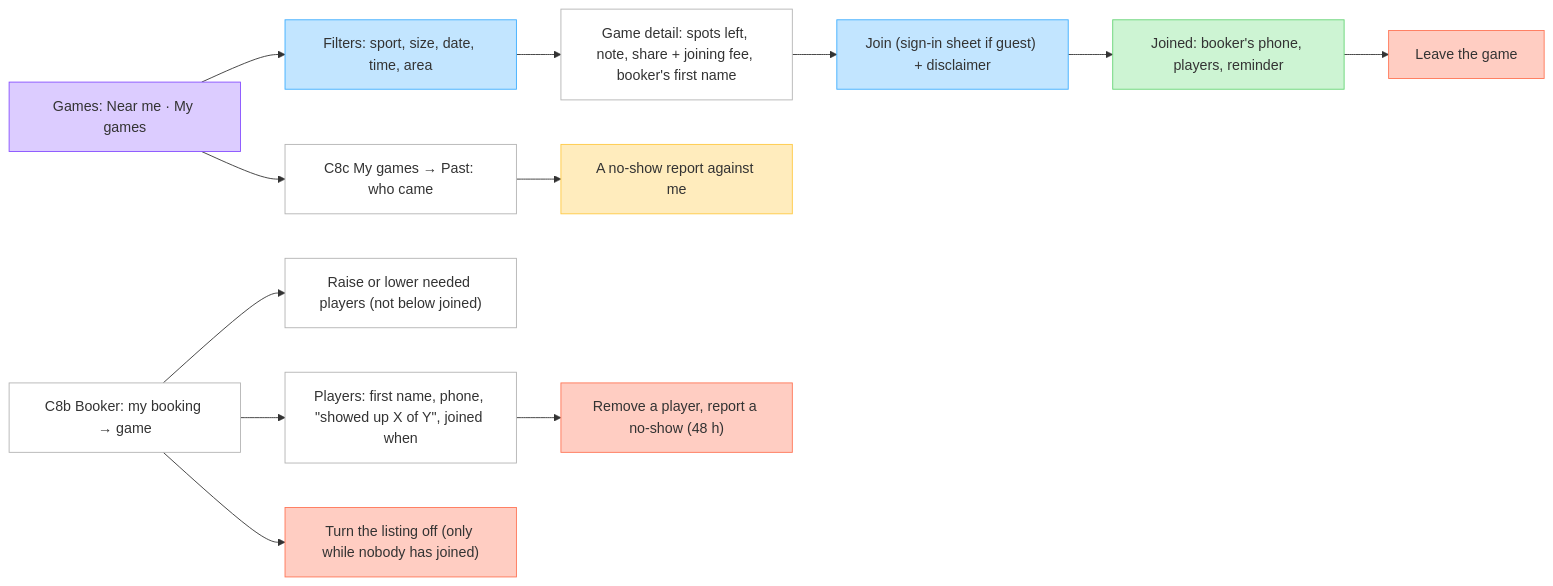
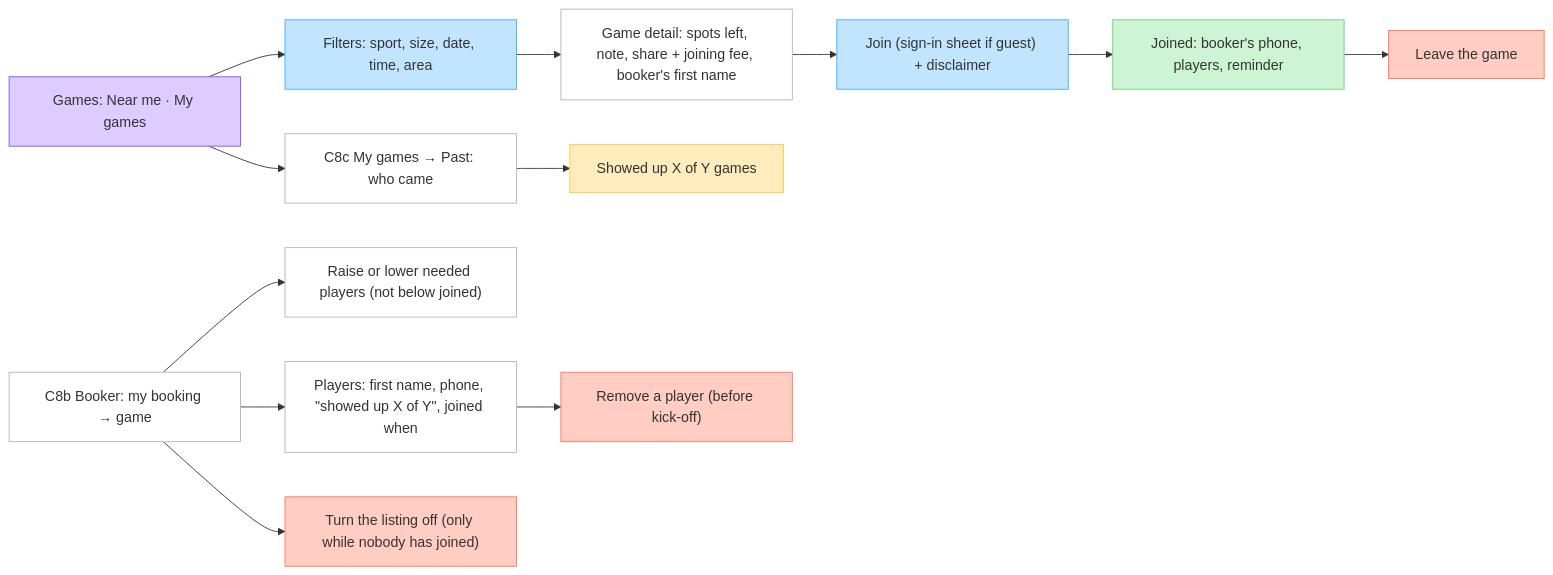
The ninth of 30 diagrams in docs/flows.md (ammarsarhan/hagz), drawn with Mermaid before and after one commit. The commit also changed other lines of this file and 2 other files, not shown here.

Commit message:
Describe QR check-in in the listings design, plan and flows

````diff
--- a/docs/flows.md
+++ b/docs/flows.md
@@ -177,17 +177,17 @@
 ```mermaid
 flowchart LR
   classDef default fill:#FFFFFF,stroke:#B3B3B3
   classDef hub fill:#DCCCFF,stroke:#874FFF
   classDef sheet fill:#C2E5FF,stroke:#3DADFF
   classDef state fill:#FFECBD,stroke:#FFC943
   classDef result fill:#CDF4D3,stroke:#66D575
   classDef danger fill:#FFCDC2,stroke:#FF7556
   tab["Games: Near me · My games"]:::hub --> filters["Filters: sport, size, date, time, area"]:::sheet --> game["Game detail: spots left, note, share + joining fee, booker's first name"]
   game --> join["Join (sign-in sheet if guest) + disclaimer"]:::sheet --> joined["Joined: booker's phone, players, reminder"]:::result
   joined --> leave["Leave the game"]:::danger
-  tab --> history["C8c My games → Past: who came"] --> report["A no-show report against me"]:::state
+  tab --> history["C8c My games → Past: who came"] --> report["Showed up X of Y games"]:::state
   mine["C8b Booker: my booking → game"] --> needed["Raise or lower needed players (not below joined)"]
   mine --> roster["Players: first name, phone, #quot;showed up X of Y#quot;, joined when"]
-  roster --> remove["Remove a player, report a no-show (48 h)"]:::danger
+  roster --> remove["Remove a player (before kick-off)"]:::danger
   mine --> off["Turn the listing off (only while nobody has joined)"]:::danger
 ```
````
